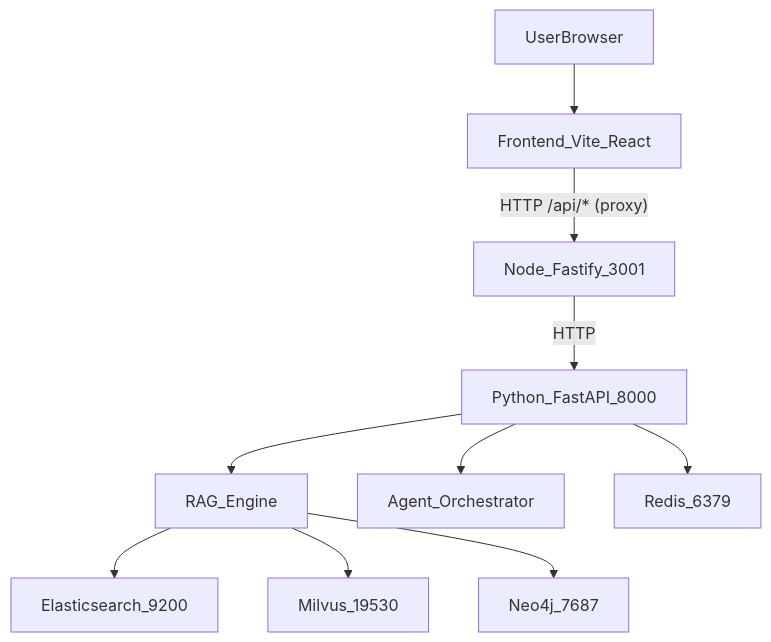
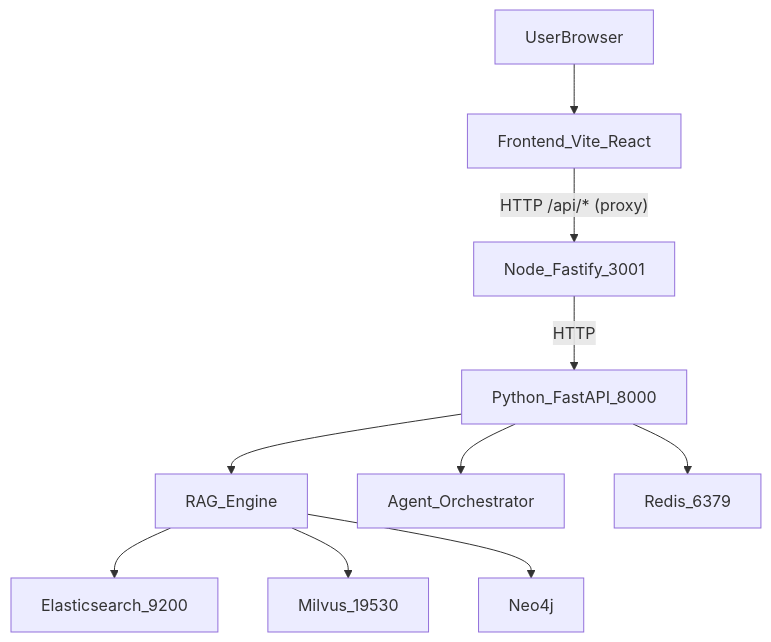
Before and after one commit to ShukuangYao/medical-ai: the first of 6 diagrams in README.md, drawn with Mermaid. The commit also changed other lines of this file and 40 other files, not shown here.

````diff
--- a/README.md
+++ b/README.md
@@ -124,14 +155,14 @@
 ```mermaid
 flowchart TB
   user[UserBrowser] --> frontend[Frontend_Vite_React]
   frontend -->|"HTTP /api/* (proxy)"| node[Node_Fastify_3001]
   node -->|"HTTP" | python[Python_FastAPI_8000]
 
   python --> rag[RAG_Engine]
   python --> agent[Agent_Orchestrator]
 
   rag --> es[Elasticsearch_9200]
   rag --> milvus[Milvus_19530]
-  rag --> neo4j[Neo4j_7687]
+  rag --> neo4j[Neo4j]
   python --> redis[Redis_6379]
 ```
````
